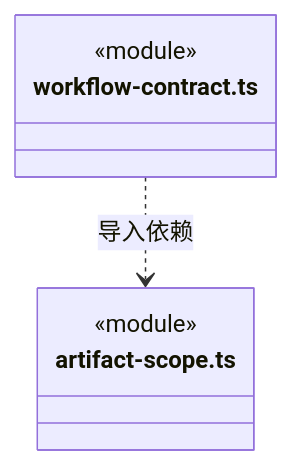
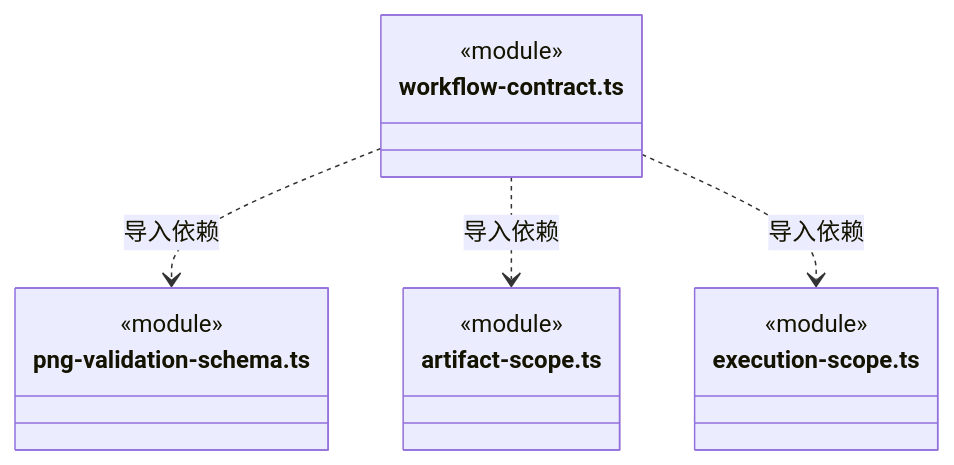
Before and after one commit to nan023062/cbim: diagram 36 of 37 in src/backend/core/workspace/ARCHITECTURE.md, drawn with Mermaid. The commit also changed other lines of this file and 58 other files, not shown here.

````diff
--- a/src/backend/core/workspace/ARCHITECTURE.md
+++ b/src/backend/core/workspace/ARCHITECTURE.md
@@ -785,10 +821,18 @@
 ```mermaid
 classDiagram
 class N_src_backend_core_workspace_workflow_contract_ts["workflow-contract.ts"] {
   <<module>>
 }
+class N_src_backend_core_workspace_png_validation_schema_ts["png-validation-schema.ts"] {
+  <<module>>
+}
 class N_src_backend_core_workspace_artifact_scope_ts["artifact-scope.ts"] {
   <<module>>
 }
+class N_src_backend_core_workspace_execution_scope_ts["execution-scope.ts"] {
+  <<module>>
+}
+N_src_backend_core_workspace_workflow_contract_ts ..> N_src_backend_core_workspace_png_validation_schema_ts : 导入依赖
 N_src_backend_core_workspace_workflow_contract_ts ..> N_src_backend_core_workspace_artifact_scope_ts : 导入依赖
+N_src_backend_core_workspace_workflow_contract_ts ..> N_src_backend_core_workspace_execution_scope_ts : 导入依赖
 ```
````
